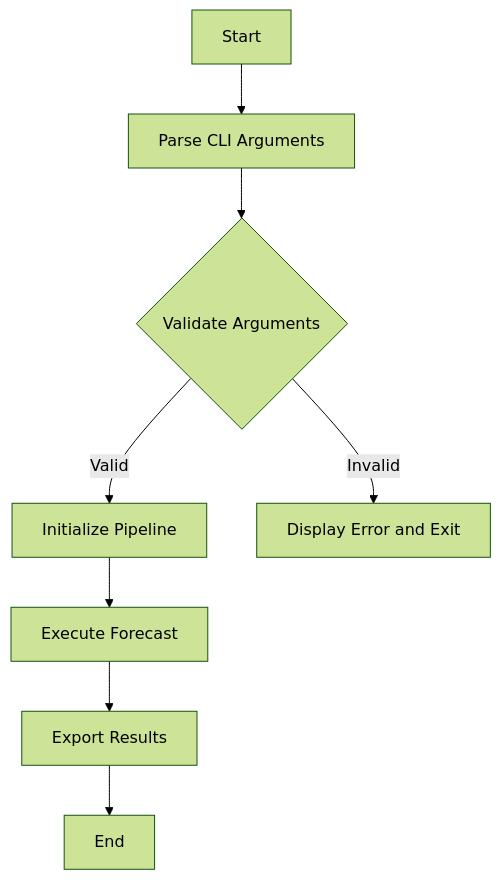
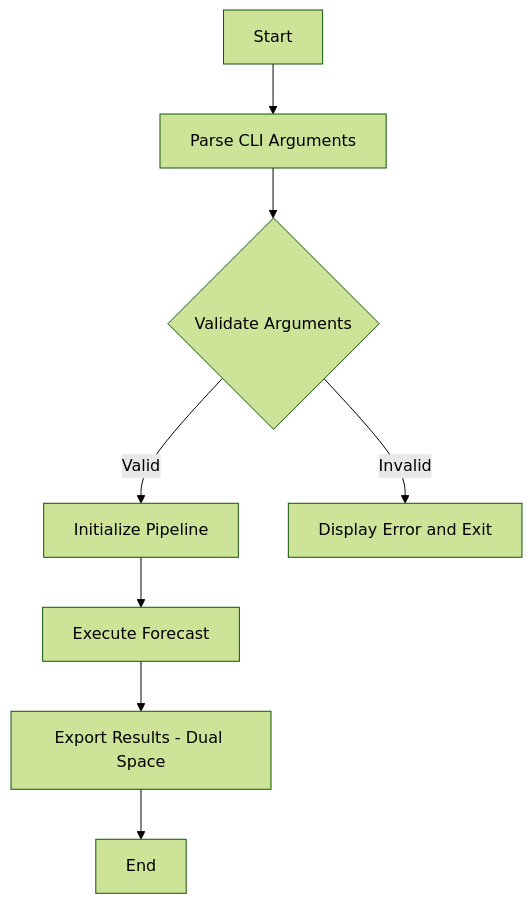
The third of 12 diagrams in plans/architecture.md (konstantin-vantukh/lstm_arima), drawn with Mermaid (forest theme) before and after one commit. The commit also changed other lines of this file and 28 other files, not shown here.

````diff
--- a/plans/architecture.md
+++ b/plans/architecture.md
@@ -94,10 +120,10 @@
 ```mermaid
 flowchart TD
     A[Start] --> B[Parse CLI Arguments]
     B --> C{Validate Arguments}
     C -->|Valid| D[Initialize Pipeline]
     C -->|Invalid| E[Display Error and Exit]
     D --> F[Execute Forecast]
-    F --> G[Export Results]
+    F --> G[Export Results - Dual Space]
     G --> H[End]
 ```
````
